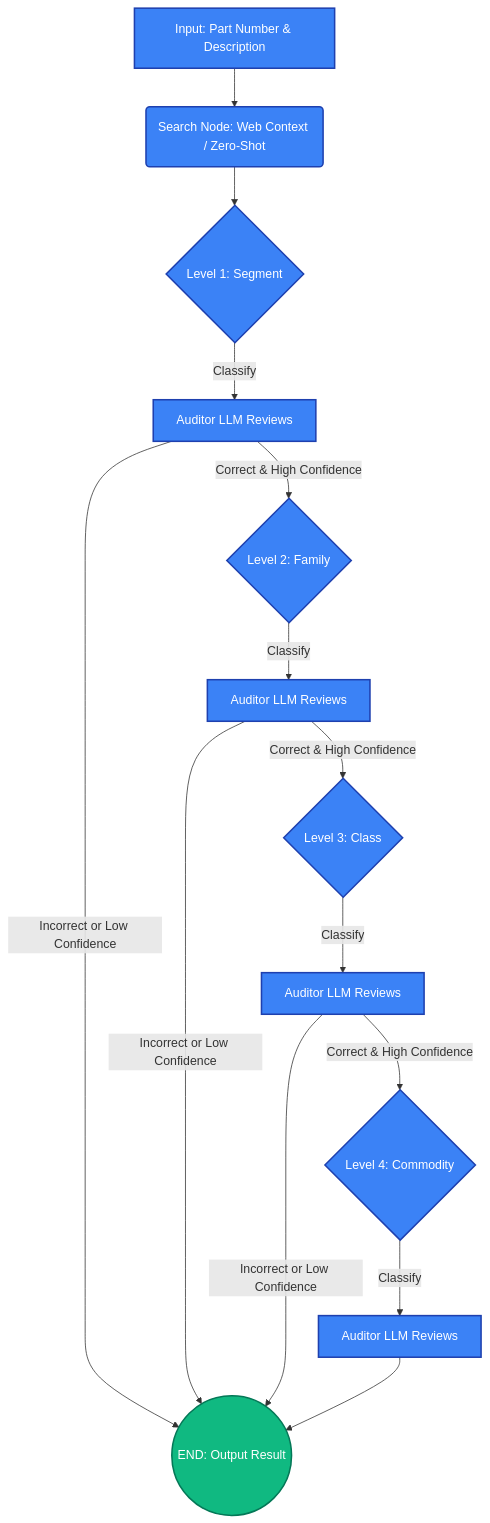
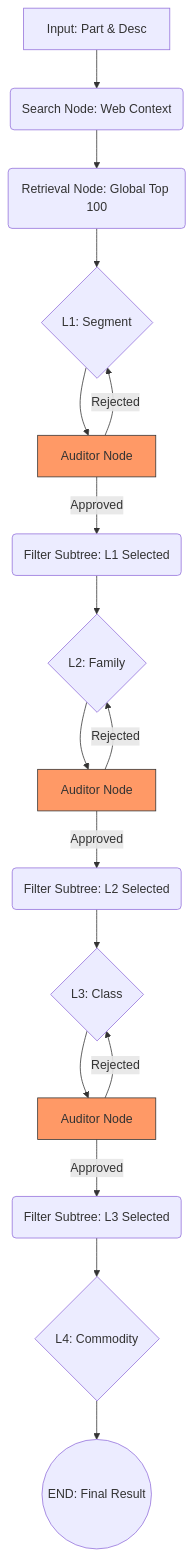
Before and after one commit to borjinipun/web-unspsc-agent-classifier: the diagram in README.md, drawn with Mermaid. The commit also changed other lines of this file and 7 other files, not shown here.

````diff
--- a/README.md
+++ b/README.md
@@ -23,25 +24,27 @@
 ```mermaid
 graph TD
-    A[Input: Part Number & Description] --> B(Search Node: Web Context / Zero-Shot)
+    A[Input: Part & Desc] --> B(Search Node: Web Context)
+    B --> C(Retrieval Node: Global Top 100)
     
-    B --> C{Level 1: Segment}
-    C -->|Classify| C1[Auditor LLM Reviews]
-    C1 -->|Correct & High Confidence| D{Level 2: Family}
-    C1 -->|Incorrect or Low Confidence| Z((END: Output Result))
+    C --> D{L1: Segment}
+    D --> D_AUD[Auditor Node]
+    D_AUD -->|Rejected| D
+    D_AUD -->|Approved| E(Filter Subtree: L1 Selected)
     
-    D -->|Classify| D1[Auditor LLM Reviews]
-    D1 -->|Correct & High Confidence| E{Level 3: Class}
-    D1 -->|Incorrect or Low Confidence| Z
+    E --> F{L2: Family}
+    F --> F_AUD[Auditor Node]
+    F_AUD -->|Rejected| F
+    F_AUD -->|Approved| G(Filter Subtree: L2 Selected)
     
-    E -->|Classify| E1[Auditor LLM Reviews]
-    E1 -->|Correct & High Confidence| F{Level 4: Commodity}
-    E1 -->|Incorrect or Low Confidence| Z
+    G --> H{L3: Class}
+    H --> H_AUD[Auditor Node]
+    H_AUD -->|Rejected| H
+    H_AUD -->|Approved| I(Filter Subtree: L3 Selected)
     
-    F -->|Classify| F1[Auditor LLM Reviews]
-    F1 --> Z
+    I --> J{L4: Commodity}
+    J --> K((END: Final Result))
     
-    classDef default fill:#1E293B,stroke:#3B82F6,stroke-width:2px,color:#fff;
-    classDef node fill:#3B82F6,stroke:#1E40AF,stroke-width:2px,color:#fff;
-    classDef endnode fill:#10B981,stroke:#047857,stroke-width:2px,color:#fff;
-    class Z endnode;
+    style D_AUD fill:#f96,stroke:#333
+    style F_AUD fill:#f96,stroke:#333
+    style H_AUD fill:#f96,stroke:#333
 ```
````
